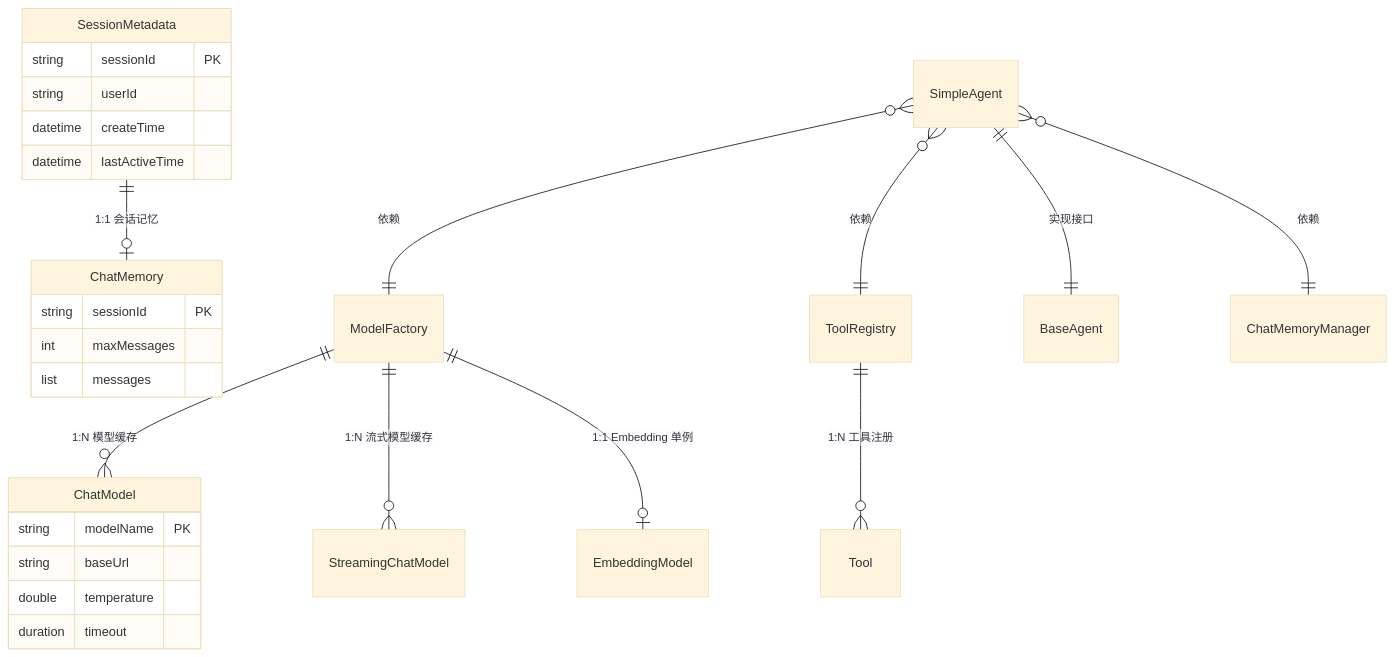
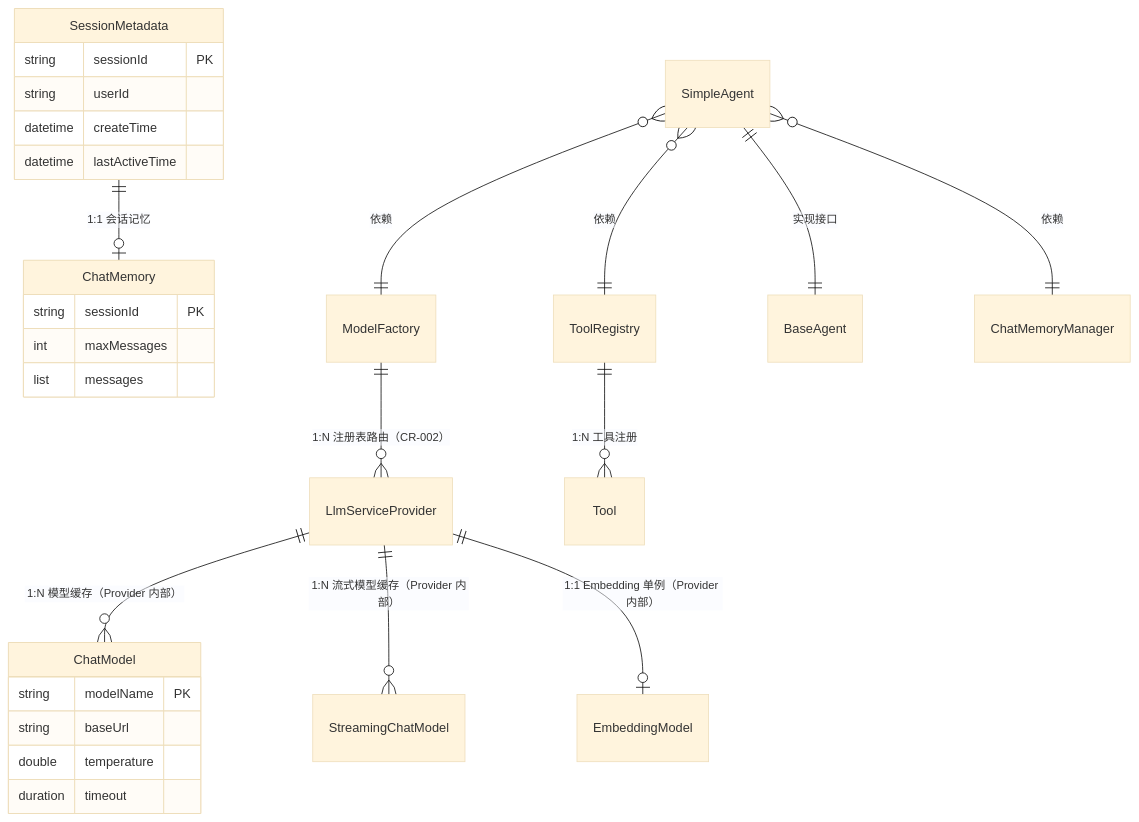
The second of 6 diagrams in specs/数据架构文档-TOGAF.md (zxchengQQ/agent_demo), drawn with Mermaid (base theme) before and after one commit. The commit also changed other lines of this file and 65 other files, not shown here.

````diff
--- a/specs/数据架构文档-TOGAF.md
+++ b/specs/数据架构文档-TOGAF.md
@@ -154,32 +154,33 @@
 ```mermaid
 erDiagram
     SessionMetadata ||--o| ChatMemory : "1:1 会话记忆"
-    ModelFactory ||--o{ ChatModel : "1:N 模型缓存"
-    ModelFactory ||--o{ StreamingChatModel : "1:N 流式模型缓存"
-    ModelFactory ||--o| EmbeddingModel : "1:1 Embedding 单例"
+    ModelFactory ||--o{ LlmServiceProvider : "1:N 注册表路由（CR-002）"
+    LlmServiceProvider ||--o{ ChatModel : "1:N 模型缓存（Provider 内部）"
+    LlmServiceProvider ||--o{ StreamingChatModel : "1:N 流式模型缓存（Provider 内部）"
+    LlmServiceProvider ||--o| EmbeddingModel : "1:1 Embedding 单例（Provider 内部）"
     ToolRegistry ||--o{ Tool : "1:N 工具注册"
     SimpleAgent ||--|| BaseAgent : "实现接口"
     SimpleAgent }o--|| ModelFactory : "依赖"
     SimpleAgent }o--|| ToolRegistry : "依赖"
     SimpleAgent }o--|| ChatMemoryManager : "依赖"
 
     SessionMetadata {
         string sessionId PK
         string userId
         datetime createTime
         datetime lastActiveTime
     }
 
     ChatMemory {
         string sessionId PK
         int maxMessages
         list messages
     }
 
     ChatModel {
         string modelName PK
         string baseUrl
         double temperature
         duration timeout
     }
 ```
````
